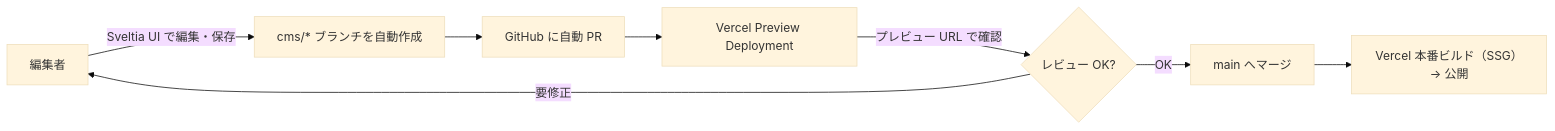
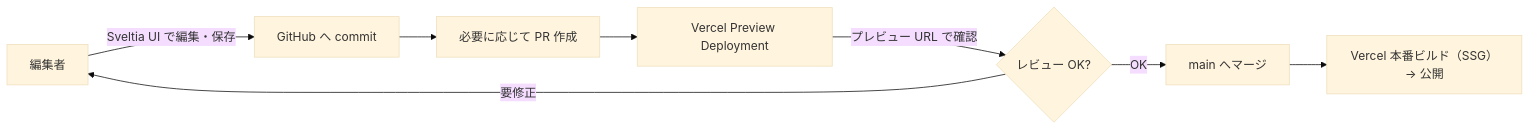
The third of 4 diagrams in README.md (keroway/astro-blog), drawn with Mermaid (base theme) before and after one commit. The commit also changed other lines of this file and 4 other files, not shown here.

Commit message:
Sveltia CMS の認証前 console 警告を解消

````diff
--- a/README.md
+++ b/README.md
@@ -140,10 +140,10 @@
 ```mermaid
 flowchart LR
-    A["編集者"] -->|Sveltia UI で編集・保存| B["cms/* ブランチを自動作成"]
-    B --> C["GitHub に自動 PR"]
+    A["編集者"] -->|Sveltia UI で編集・保存| B["GitHub へ commit"]
+    B --> C["必要に応じて PR 作成"]
     C --> D["Vercel Preview Deployment"]
     D -->|プレビュー URL で確認| E{"レビュー OK?"}
     E -->|要修正| A
     E -->|OK| F["main へマージ"]
     F --> G["Vercel 本番ビルド（SSG）→ 公開"]
 ```
````
